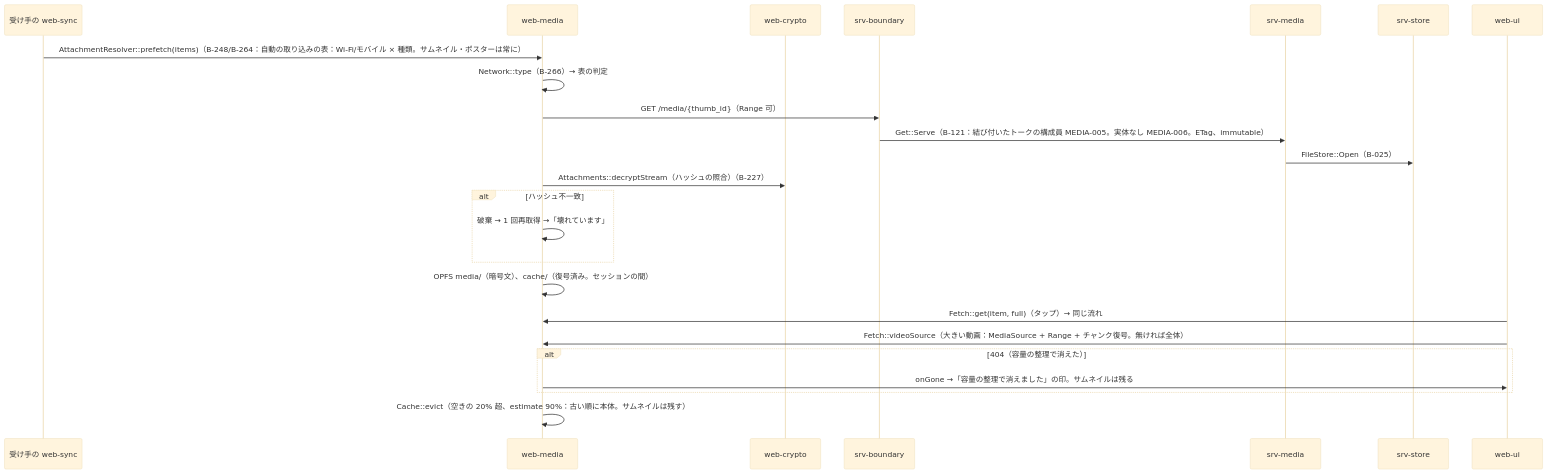
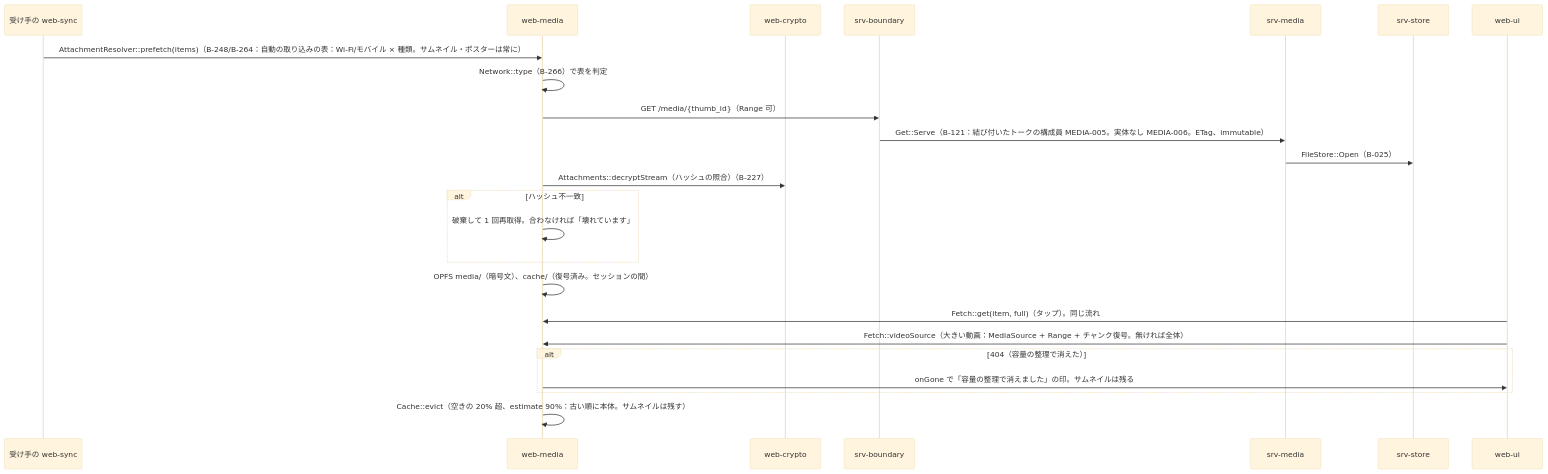
Before and after one commit to nrsd-ishikawasou/family-talk-pwa: the second of 4 diagrams in dev/docs/jp/シーケンス/06_添付.md, drawn with Mermaid (base theme). The commit also changed other lines of this file and 290 other files, not shown here.

````diff
--- a/dev/docs/jp/シーケンス/06_添付.md
+++ b/dev/docs/jp/シーケンス/06_添付.md
@@ -70,26 +85,26 @@
 ```mermaid
 sequenceDiagram
   participant WS as 受け手の web-sync
   participant WM as web-media
   participant WX as web-crypto
   participant BD as srv-boundary
   participant MD as srv-media
   participant ST as srv-store
   participant UI as web-ui
   WS->>WM: AttachmentResolver::prefetch(items)（B-248/B-264：自動の取り込みの表：Wi-Fi/モバイル × 種類。サムネイル・ポスターは常に）
-  WM->>WM: Network::type（B-266）→ 表の判定
+  WM->>WM: Network::type（B-266）で表を判定
   WM->>BD: GET /media/{thumb_id}（Range 可）
   BD->>MD: Get::Serve（B-121：結び付いたトークの構成員 MEDIA-005。実体なし MEDIA-006。ETag、immutable）
   MD->>ST: FileStore::Open（B-025）
   WM->>WX: Attachments::decryptStream（ハッシュの照合）（B-227）
   alt ハッシュ不一致
-    WM->>WM: 破棄 → 1 回再取得 →「壊れています」
+    WM->>WM: 破棄して 1 回再取得。合わなければ「壊れています」
   end
   WM->>WM: OPFS media/（暗号文）、cache/（復号済み。セッションの間）
-  UI->>WM: Fetch::get(item, full)（タップ）→ 同じ流れ
+  UI->>WM: Fetch::get(item, full)（タップ）。同じ流れ
   UI->>WM: Fetch::videoSource（大きい動画：MediaSource + Range + チャンク復号。無ければ全体）
   alt 404（容量の整理で消えた）
-    WM->>UI: onGone →「容量の整理で消えました」の印。サムネイルは残る
+    WM->>UI: onGone で「容量の整理で消えました」の印。サムネイルは残る
   end
   WM->>WM: Cache::evict（空きの 20% 超、estimate 90%：古い順に本体。サムネイルは残す）
 ```
````
